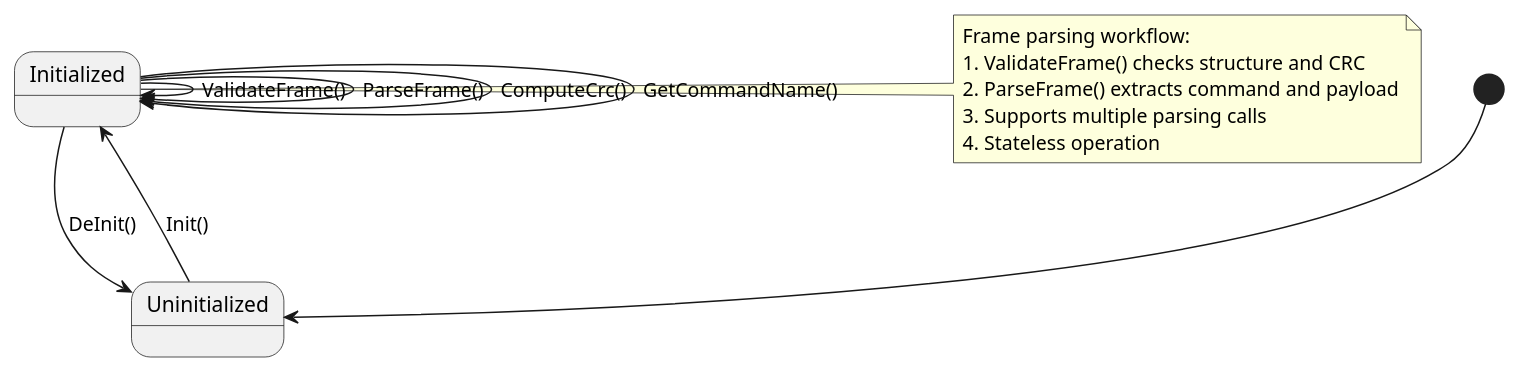
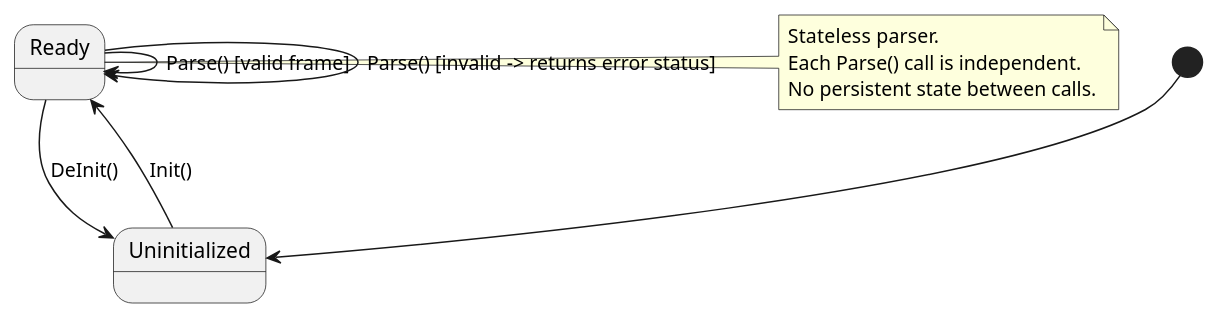
Before and after one commit to LinhTrucVo/Bico_Protocol_Bridge: the diagram in 3_swComp/layer2Service/deserialize/2_design/deserializeStateMachine.puml, drawn with PlantUML. The commit also changed 87 other files, not shown here.

```diff
--- a/3_swComp/layer2Service/deserialize/2_design/deserializeStateMachine.puml
+++ b/3_swComp/layer2Service/deserialize/2_design/deserializeStateMachine.puml
@@ -1,23 +1,18 @@
 @startuml deserializeStateMachine
 state Uninitialized
-state Initialized
+state Ready
 
 [*] --> Uninitialized
 
-Uninitialized --> Initialized : Init()
+Uninitialized --> Ready : Init()
+Ready --> Uninitialized : DeInit()
 
-Initialized --> Uninitialized : DeInit()
+Ready --> Ready : Parse() [valid frame]
+Ready --> Ready : Parse() [invalid -> returns error status]
 
-Initialized --> Initialized : ValidateFrame()
-Initialized --> Initialized : ParseFrame()
-Initialized --> Initialized : ComputeCrc()
-Initialized --> Initialized : GetCommandName()
-
-note right of Initialized
-    Frame parsing workflow:
-    1. ValidateFrame() checks structure and CRC
-    2. ParseFrame() extracts command and payload
-    3. Supports multiple parsing calls
-    4. Stateless operation
+note right of Ready
+  Stateless parser.
+  Each Parse() call is independent.
+  No persistent state between calls.
 end note
 @enduml
```
